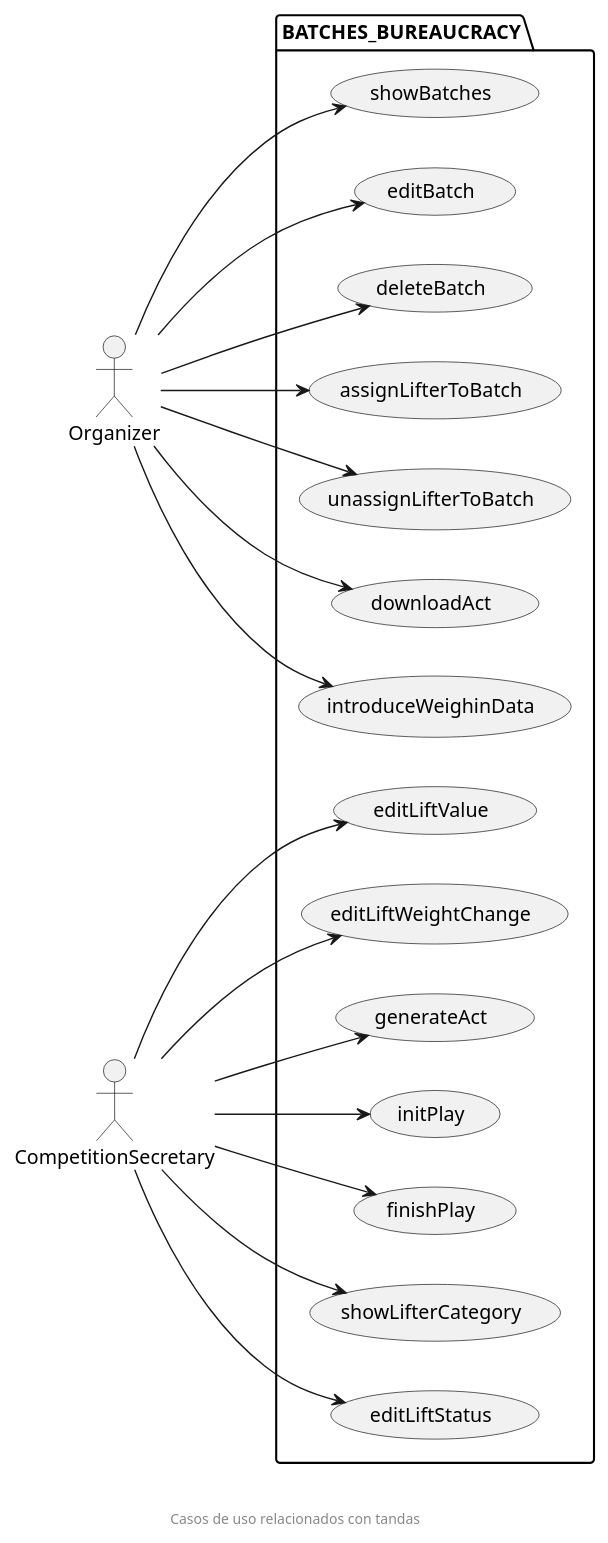
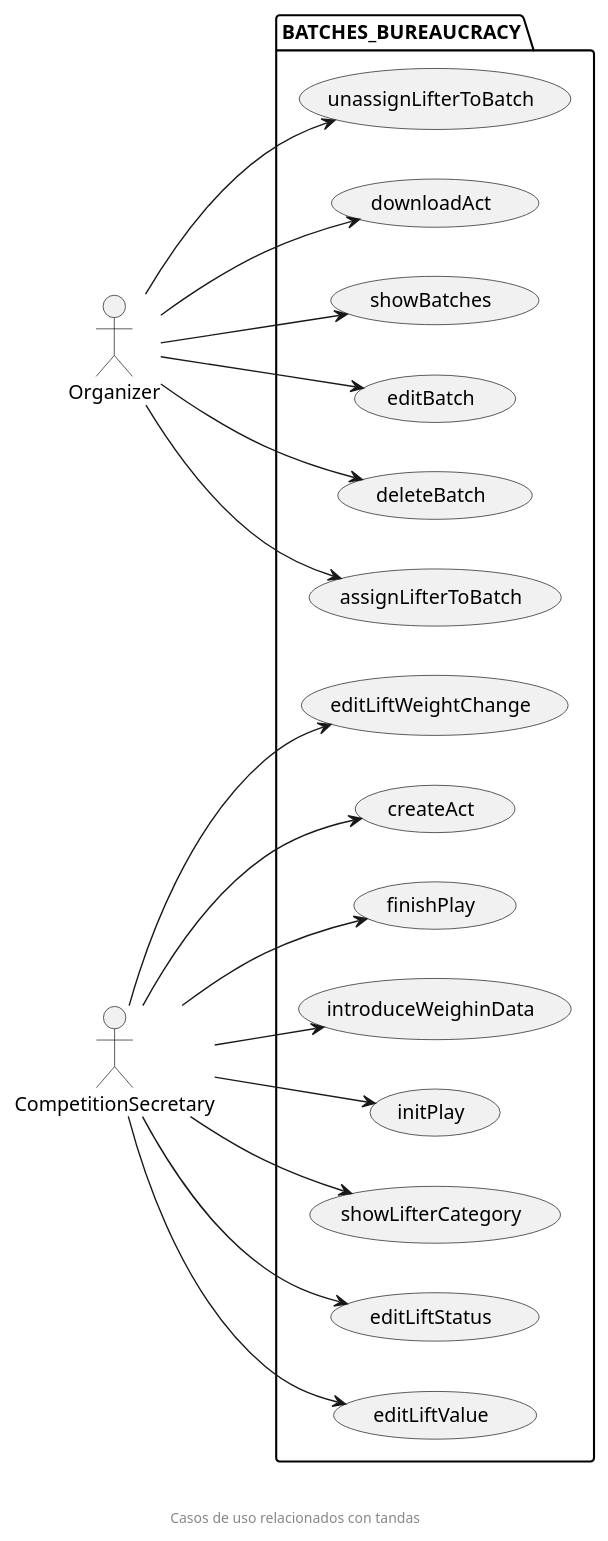
One commit to zuldare/mastercloud_pfm_halterocms changed the diagram in diagrams/usecases/batchesBureaucrazy.puml. Above: the diagram before and after it, drawn with PlantUML. The commit also changed 9 other files, not shown here.

```diff
--- a/diagrams/usecases/batchesBureaucrazy.puml
+++ b/diagrams/usecases/batchesBureaucrazy.puml
@@ -1,42 +1,42 @@
 @startuml
 left to right direction
 package BATCHES_BUREAUCRACY {
   usecase showBatches
   usecase editBatch
 
   usecase deleteBatch
   usecase assignLifterToBatch
   usecase unassignLifterToBatch
 
   usecase showLifterCategory
   usecase editLiftStatus
   usecase editLiftValue
 
   usecase editLiftWeightChange
-  usecase generateAct
+  usecase createAct
   usecase downloadAct
   usecase introduceWeighinData
 
   usecase initPlay
   usecase finishPlay
 }
 
 Organizer --> showBatches
 Organizer --> editBatch
 Organizer --> assignLifterToBatch
 Organizer --> unassignLifterToBatch
 Organizer --> deleteBatch
-Organizer --> introduceWeighinData
 Organizer --> downloadAct
 
+CompetitionSecretary --> introduceWeighinData
 CompetitionSecretary --> editLiftStatus
 CompetitionSecretary --> editLiftValue
-CompetitionSecretary --> generateAct
+CompetitionSecretary --> createAct
 CompetitionSecretary --> editLiftWeightChange
 CompetitionSecretary --> showLifterCategory
 CompetitionSecretary --> initPlay
 CompetitionSecretary --> finishPlay
 
 footer \n\nCasos de uso relacionados con tandas
 
 @enduml
```
